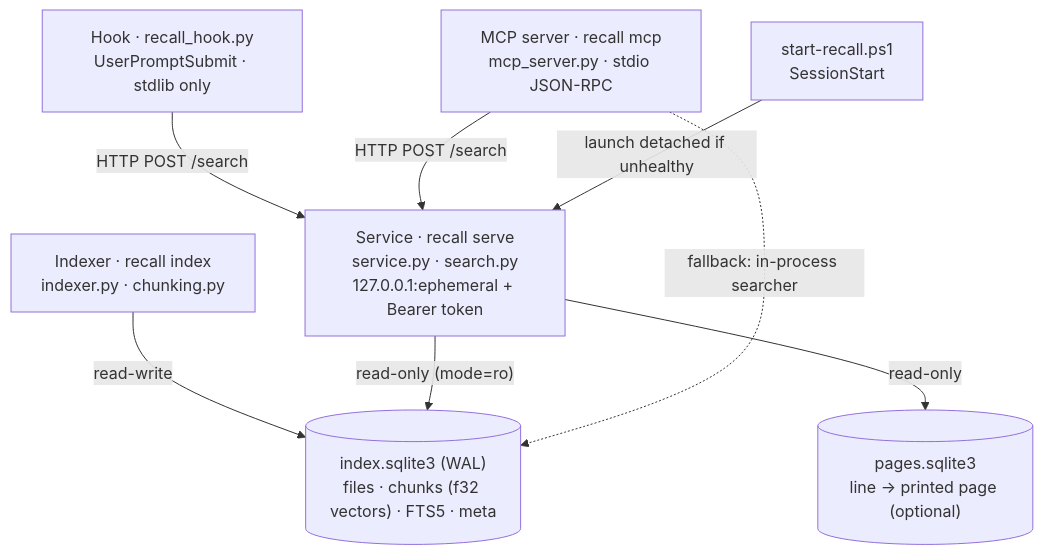
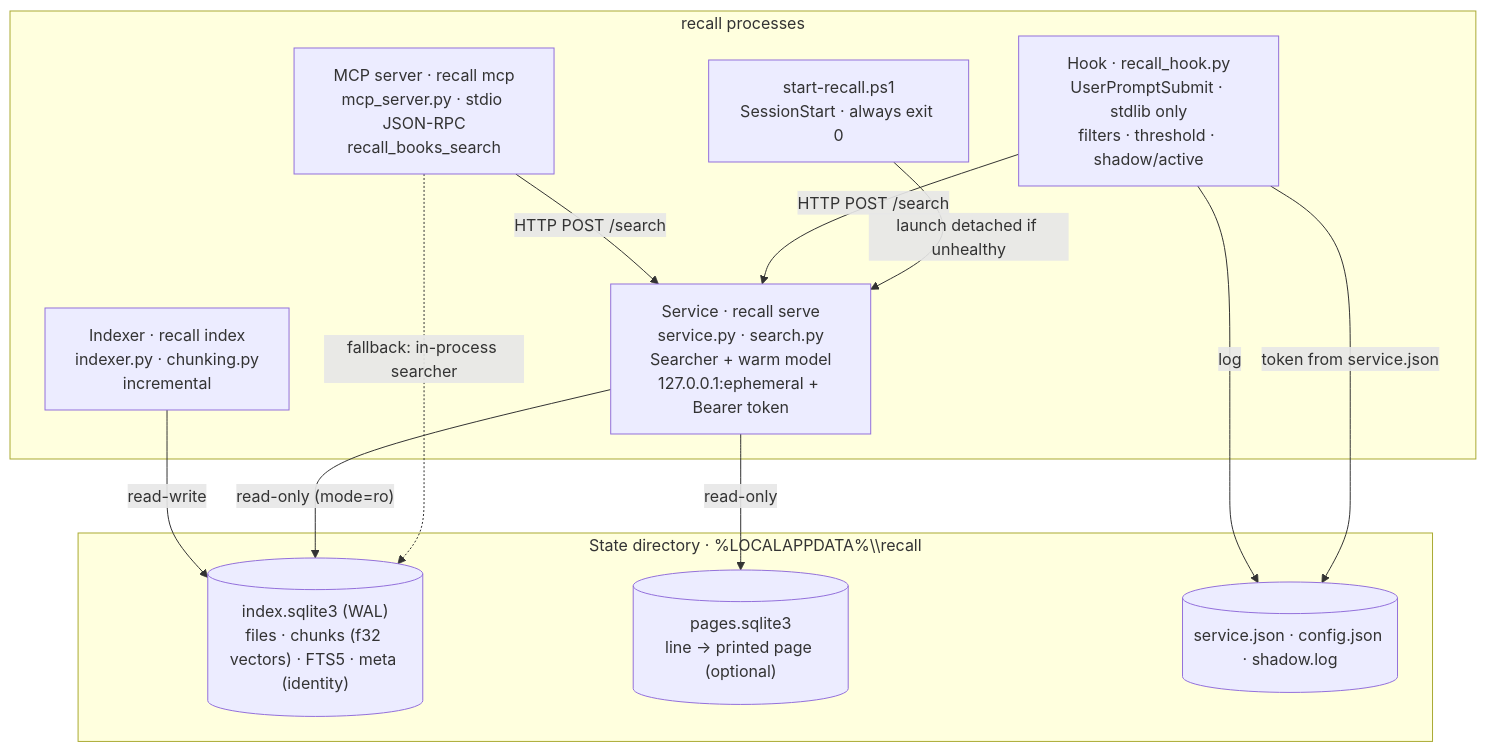
Before and after one commit to andreshma/recall: the second of 6 diagrams in docs/architecture.md, drawn with Mermaid. The commit also changed other lines of this file and 20 other files, not shown here.

````diff
--- a/docs/architecture.md
+++ b/docs/architecture.md
@@ -35,18 +54,25 @@
 ```mermaid
-flowchart TD
-    idx["Indexer · recall index<br/>indexer.py · chunking.py"]
-    db[("index.sqlite3 (WAL)<br/>files · chunks (f32 vectors) · FTS5 · meta")]
-    pages[("pages.sqlite3<br/>line → printed page (optional)")]
-    svc["Service · recall serve<br/>service.py · search.py<br/>127.0.0.1:ephemeral + Bearer token"]
-    hook["Hook · recall_hook.py<br/>UserPromptSubmit · stdlib only"]
-    mcp["MCP server · recall mcp<br/>mcp_server.py · stdio JSON-RPC"]
-    start["start-recall.ps1<br/>SessionStart"]
+flowchart TB
+    subgraph procs["recall processes"]
+        start["start-recall.ps1<br/>SessionStart · always exit 0"]
+        hook["Hook · recall_hook.py<br/>UserPromptSubmit · stdlib only<br/>filters · threshold · shadow/active"]
+        mcp["MCP server · recall mcp<br/>mcp_server.py · stdio JSON-RPC<br/>recall_books_search"]
+        svc["Service · recall serve<br/>service.py · search.py<br/>Searcher + warm model<br/>127.0.0.1:ephemeral + Bearer token"]
+        idx["Indexer · recall index<br/>indexer.py · chunking.py<br/>incremental"]
+    end
+    subgraph files["State directory · %LOCALAPPDATA%\\recall"]
+        db[("index.sqlite3 (WAL)<br/>files · chunks (f32 vectors) · FTS5 · meta (identity)")]
+        pages[("pages.sqlite3<br/>line → printed page (optional)")]
+        state[("service.json · config.json · shadow.log")]
+    end
 
-    idx -- "read-write" --> db
-    svc -- "read-only (mode=ro)" --> db
-    svc -- "read-only" --> pages
+    start -- "launch detached if unhealthy" --> svc
+    hook -- "token from service.json" --> state
     hook -- "HTTP POST /search" --> svc
     mcp -- "HTTP POST /search" --> svc
     mcp -. "fallback: in-process searcher" .-> db
-    start -- "launch detached if unhealthy" --> svc
+    svc -- "read-only (mode=ro)" --> db
+    svc -- "read-only" --> pages
+    idx -- "read-write" --> db
+    hook -- "log" --> state
 ```
````
